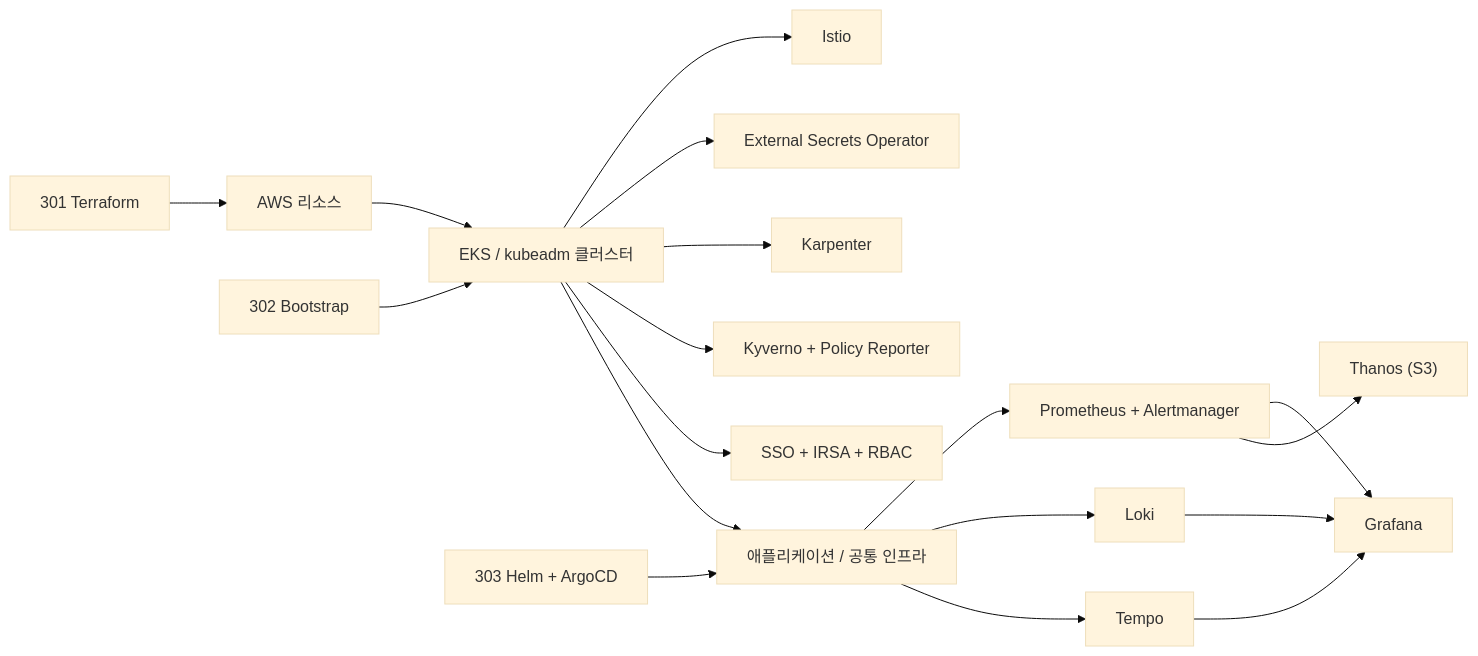
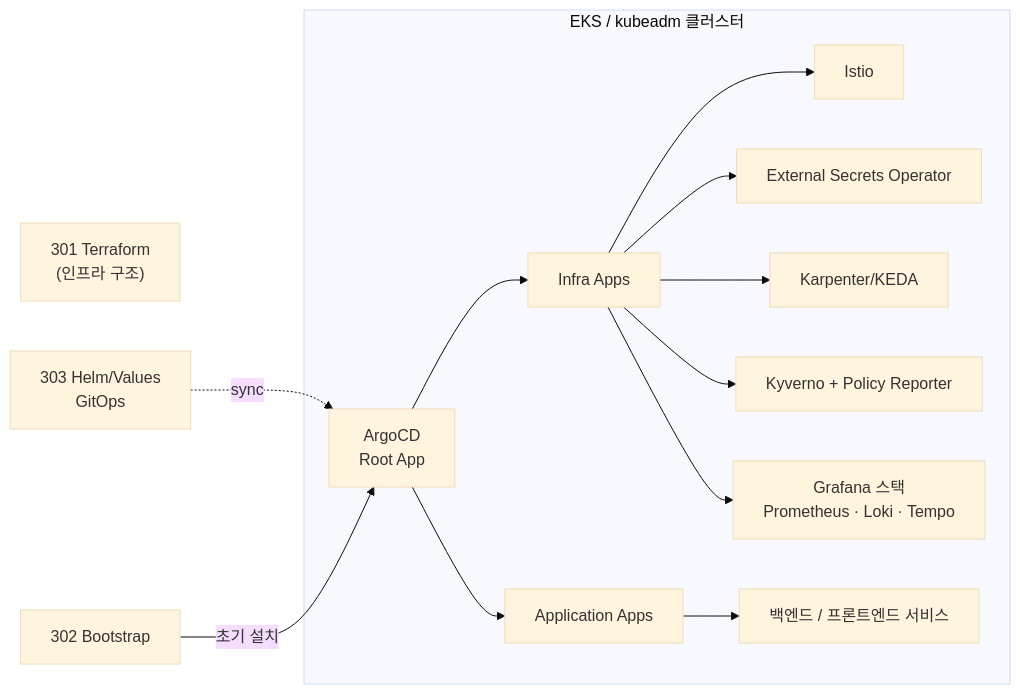
The second of 3 diagrams in docs/content/infrastructure/architecture.md (goorm-gongbang/001-finalPR), drawn with Mermaid (base theme) before and after one commit. The commit also changed other lines of this file, not shown here.

Commit message:
fix. 머메이드 작업

````diff
--- a/docs/content/infrastructure/architecture.md
+++ b/docs/content/infrastructure/architecture.md
@@ -55,22 +55,22 @@
 ```mermaid
 flowchart LR
-    TF["301 Terraform"] --> AWS["AWS 리소스"]
-    BOOT["302 Bootstrap"] --> CLUSTER["EKS / kubeadm 클러스터"]
-    GITOPS["303 Helm + ArgoCD"] --> APPS["애플리케이션 / 공통 인프라"]
+    TF["301 Terraform<br>(인프라 구조)"]
+    REPO["303 Helm/Values<br>GitOps"] -. sync .-> ARGO
 
-    AWS --> CLUSTER
-    CLUSTER --> ISTIO["Istio"]
-    CLUSTER --> ESO["External Secrets Operator"]
-    CLUSTER --> KARP["Karpenter"]
-    CLUSTER --> POLICY["Kyverno + Policy Reporter"]
-    CLUSTER --> ACCESS["SSO + IRSA + RBAC"]
-    CLUSTER --> APPS
+    subgraph CLUSTER["EKS / kubeadm 클러스터"]
+        ARGO["ArgoCD<br>Root App"]
+        ARGO --> INFRA_APPS["Infra Apps"]
+        ARGO --> APP_APPS["Application Apps"]
 
-    APPS --> PROM["Prometheus + Alertmanager"]
-    APPS --> LOKI["Loki"]
-    APPS --> TEMPO["Tempo"]
-    PROM --> GRAF["Grafana"]
-    LOKI --> GRAF
-    TEMPO --> GRAF
-    PROM --> THANOS["Thanos (S3)"]
+        INFRA_APPS --> ISTIO["Istio"]
+        INFRA_APPS --> ESO["External Secrets Operator"]
+        INFRA_APPS --> KARP["Karpenter/KEDA"]
+        INFRA_APPS --> POLICY["Kyverno + Policy Reporter"]
+        INFRA_APPS --> OBS["Grafana 스택<br>Prometheus · Loki · Tempo"]
+
+        APP_APPS --> SVC["백엔드 / 프론트엔드 서비스"]
+    end
+
+    BOOT["302 Bootstrap"] -->|초기 설치| ARGO
+
 ```
````
